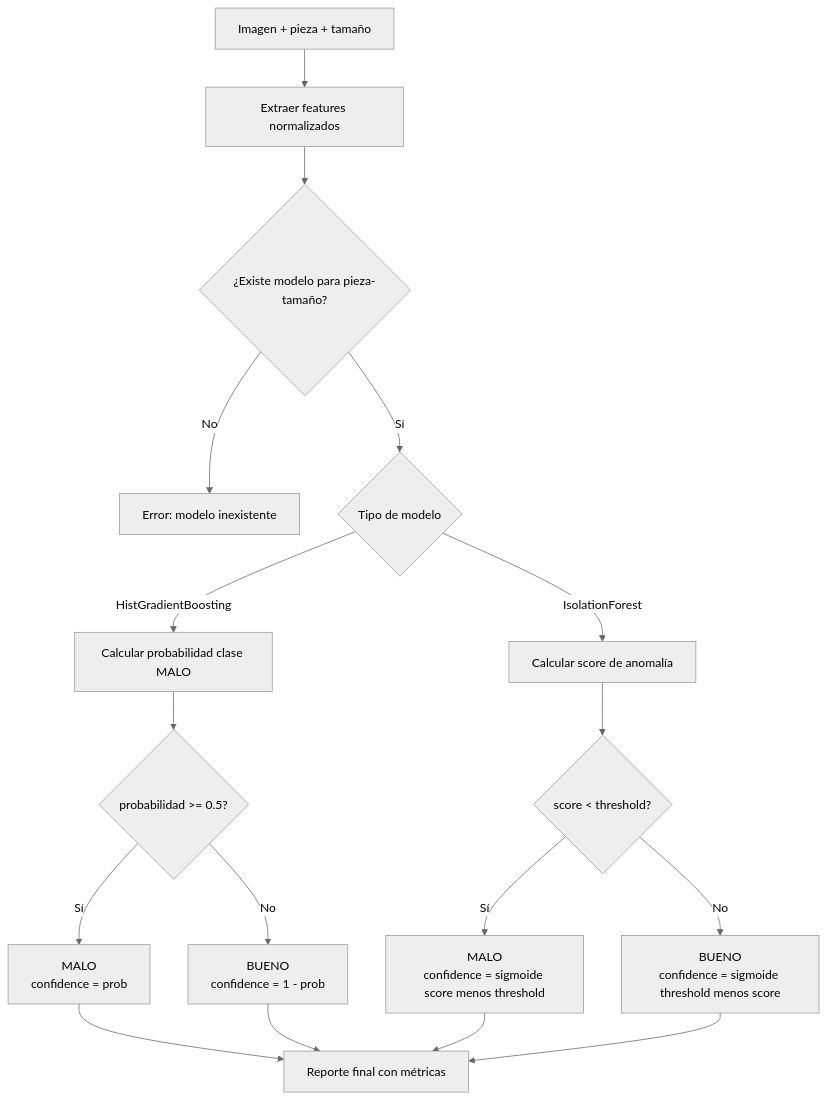
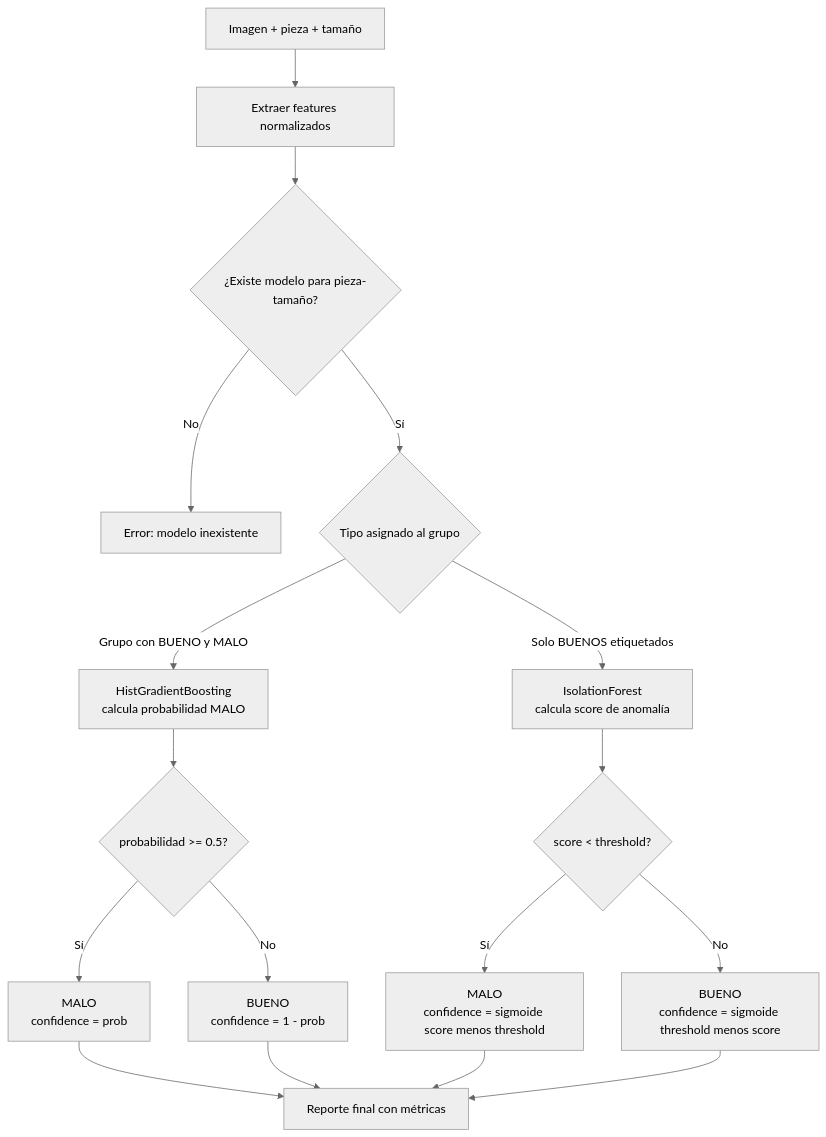
The fourth of 4 diagrams in README.md (Juanipis/vision_defect_detection), drawn with Mermaid (neutral theme) before and after one commit. The commit also changed other lines of this file, not shown here.

Commit message:
Update README.md to clarify Isolation Forest thresholding and model selection process

````diff
--- a/README.md
+++ b/README.md
@@ -208,19 +210,19 @@
 ```mermaid
 flowchart TD
     A[Imagen + pieza + tamaño] --> B[Extraer features normalizados]
     B --> C{¿Existe modelo para pieza-tamaño?}
     C -- No --> X[Error: modelo inexistente]
-    C -- Sí --> D{Tipo de modelo}
-    D -- HistGradientBoosting --> E[Calcular probabilidad clase MALO]
+    C -- Sí --> D{Tipo asignado al grupo}
+    D -- Grupo con BUENO y MALO --> E[HistGradientBoosting<br/>calcula probabilidad MALO]
     E --> F{probabilidad >= 0.5?}
     F -- Sí --> G[MALO<br/>confidence = prob]
     F -- No --> H[BUENO<br/>confidence = 1 - prob]
-    D -- IsolationForest --> I[Calcular score de anomalía]
+    D -- Solo BUENOS etiquetados --> I[IsolationForest<br/>calcula score de anomalía]
     I --> J{score &lt; threshold?}
     J -- Sí --> K[MALO<br/>confidence = sigmoide score menos threshold]
     J -- No --> L[BUENO<br/>confidence = sigmoide threshold menos score]
     G --> M[Reporte final con métricas]
     H --> M
     K --> M
     L --> M
 ```
````
